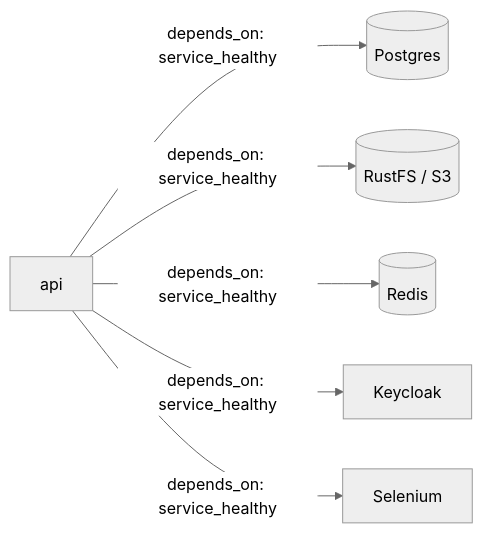
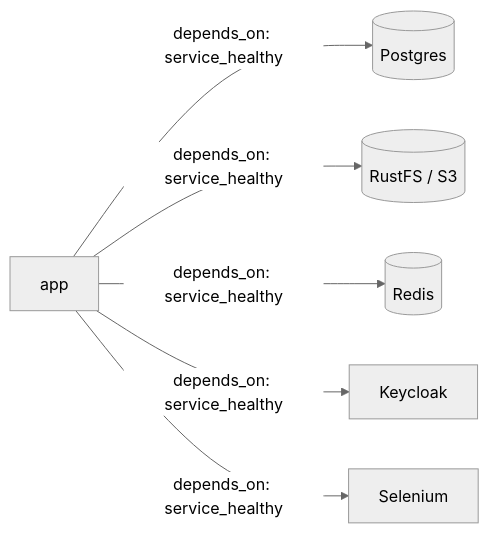
One commit to craftainer/template-fastapi changed the first of 2 diagrams in docs/architecture.md. Above: the diagram before and after it, drawn with Mermaid (neutral theme). The commit also changed other lines of this file and 15 other files, not shown here.

Commit message:
refactor(devcontainer): rename dev service api -> app to match template-base

````diff
--- a/docs/architecture.md
+++ b/docs/architecture.md
@@ -24,8 +24,8 @@
 ```mermaid
 graph LR
-    api -->|depends_on: service_healthy| postgres[(Postgres)]
-    api -->|depends_on: service_healthy| s3[(RustFS / S3)]
-    api -->|depends_on: service_healthy| redis[(Redis)]
-    api -->|depends_on: service_healthy| keycloak[Keycloak]
-    api -->|depends_on: service_healthy| selenium[Selenium]
+    app -->|depends_on: service_healthy| postgres[(Postgres)]
+    app -->|depends_on: service_healthy| s3[(RustFS / S3)]
+    app -->|depends_on: service_healthy| redis[(Redis)]
+    app -->|depends_on: service_healthy| keycloak[Keycloak]
+    app -->|depends_on: service_healthy| selenium[Selenium]
 ```
````
